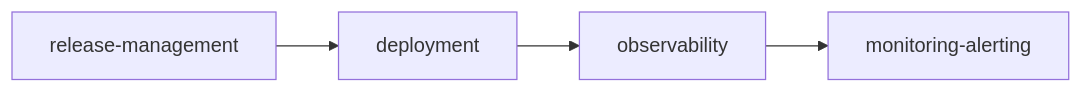
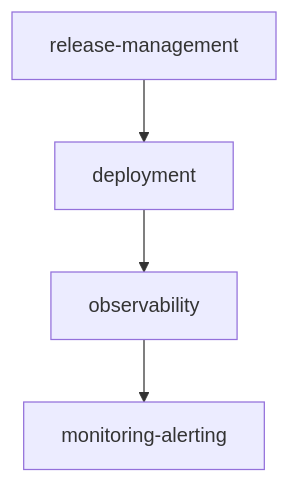
The fourth of 4 diagrams in docs/agents/adoption-guide.md (quantumquirkxyz/skills-quirk), drawn with Mermaid before and after one commit. The commit also changed other lines of this file and 5 other files, not shown here.

````diff
--- a/docs/agents/adoption-guide.md
+++ b/docs/agents/adoption-guide.md
@@ -91,6 +92,6 @@
 ```mermaid
-flowchart LR
+flowchart TD
     A[release-management] --> B[deployment]
     B --> C[observability]
     C --> D[monitoring-alerting]
 ```
````
